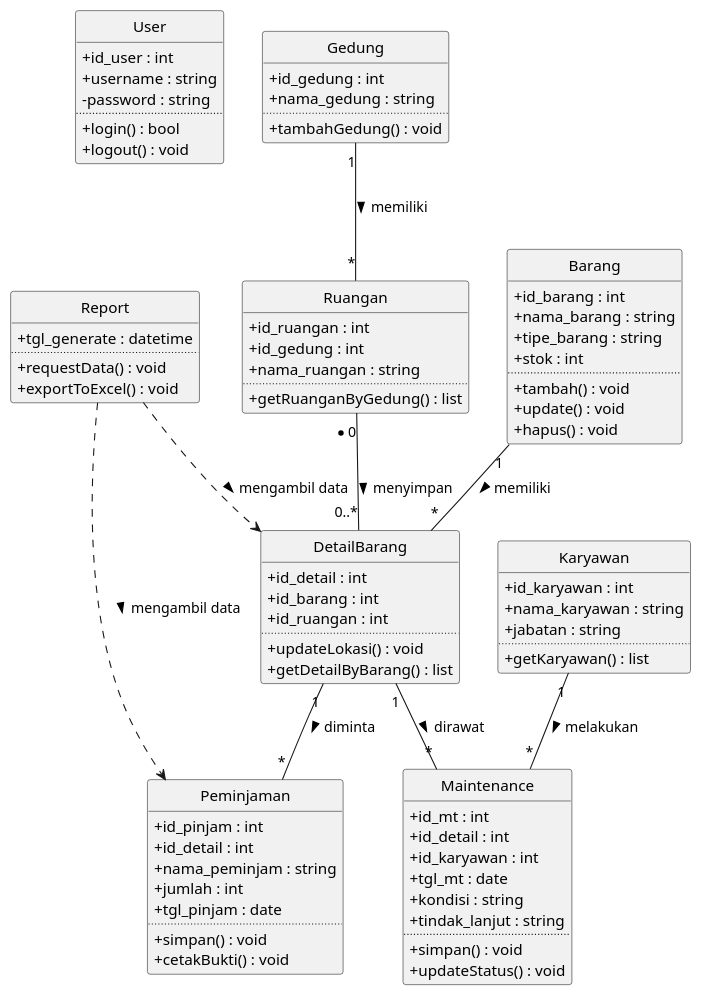
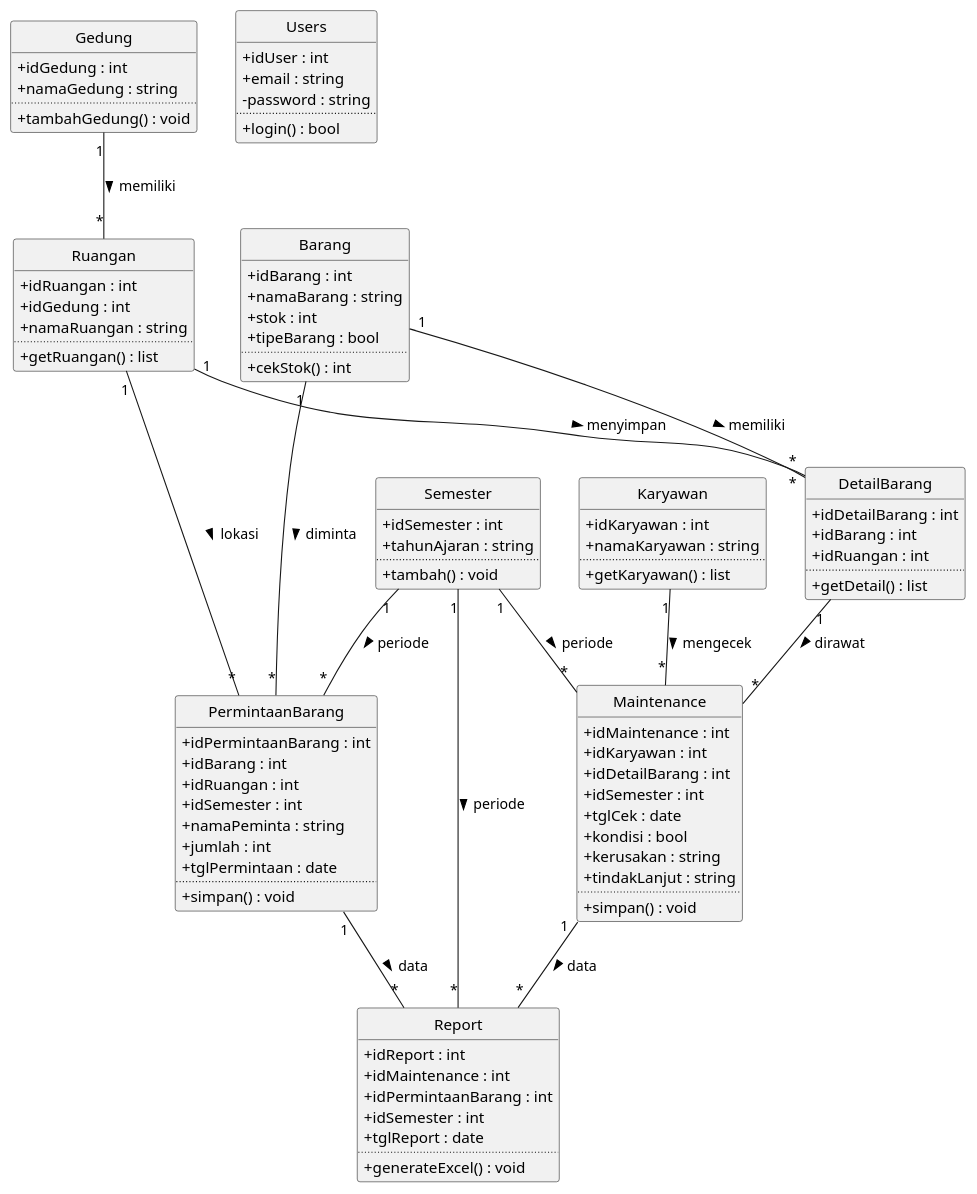
Before and after one commit to Fannandya/diagramPABD: the diagram in classDiagram.puml, drawn with PlantUML.

Commit message:
menyesuaikan class diagram dengan query sql

```diff
--- a/classDiagram.puml
+++ b/classDiagram.puml
@@ -1,104 +1,116 @@
 @startuml classDiagram
 skinparam classAttributeIconSize 0
 skinparam Style strictuml
 
-' --- Master Data ---
+' --- Master Layer ---
 
-class User {
-  + id_user : int
-  + username : string
-  - password : string
+class Semester {
+  + idSemester : int
+  + tahunAjaran : string
   ..
-  + login() : bool
-  + logout() : void
+  + tambah() : void
 }
 
-class Barang {
-  + id_barang : int
-  + nama_barang : string
-  + tipe_barang : string
-  + stok : int
+class Karyawan {
+  + idKaryawan : int
+  + namaKaryawan : string
   ..
-  + tambah() : void
-  + update() : void
-  + hapus() : void
+  + getKaryawan() : list
 }
 
 class Gedung {
-  + id_gedung : int
-  + nama_gedung : string
+  + idGedung : int
+  + namaGedung : string
   ..
   + tambahGedung() : void
 }
 
 class Ruangan {
-  + id_ruangan : int
-  + id_gedung : int
-  + nama_ruangan : string
+  + idRuangan : int
+  + idGedung : int
+  + namaRuangan : string
   ..
-  + getRuanganByGedung() : list
+  + getRuangan() : list
 }
 
-class Karyawan {
-  + id_karyawan : int
-  + nama_karyawan : string
-  + jabatan : string
+class Barang {
+  + idBarang : int
+  + namaBarang : string
+  + stok : int
+  + tipeBarang : bool
   ..
-  + getKaryawan() : list
+  + cekStok() : int
 }
 
-' --- Transactional / Detail ---
+' --- Transaction Layer ---
+
+class Users {
+  + idUser : int
+  + email : string
+  - password : string
+  ..
+  + login() : bool
+}
 
 class DetailBarang {
-  + id_detail : int
-  + id_barang : int
-  + id_ruangan : int
+  + idDetailBarang : int
+  + idBarang : int
+  + idRuangan : int
   ..
-  + updateLokasi() : void
-  + getDetailByBarang() : list
+  + getDetail() : list
 }
 
-class Peminjaman {
-  + id_pinjam : int
-  + id_detail : int
-  + nama_peminjam : string
+class PermintaanBarang {
+  + idPermintaanBarang : int
+  + idBarang : int
+  + idRuangan : int
+  + idSemester : int
+  + namaPeminta : string
   + jumlah : int
-  + tgl_pinjam : date
+  + tglPermintaan : date
   ..
   + simpan() : void
-  + cetakBukti() : void
 }
 
 class Maintenance {
-  + id_mt : int
-  + id_detail : int
-  + id_karyawan : int
-  + tgl_mt : date
-  + kondisi : string
-  + tindak_lanjut : string
+  + idMaintenance : int
+  + idKaryawan : int
+  + idDetailBarang : int
+  + idSemester : int
+  + tglCek : date
+  + kondisi : bool
+  + kerusakan : string
+  + tindakLanjut : string
   ..
   + simpan() : void
-  + updateStatus() : void
 }
 
 class Report {
-  + tgl_generate : datetime
+  + idReport : int
+  + idMaintenance : int
+  + idPermintaanBarang : int
+  + idSemester : int
+  + tglReport : date
   ..
-  + requestData() : void
-  + exportToExcel() : void
+  + generateExcel() : void
 }
 
-' --- Relasi Sesuai Kardinalitas RAT ---
+' --- Relasi Sesuai SQL ---
 
+Gedung "1" -- "*" Ruangan : memiliki >
+Ruangan "1" -- "*" DetailBarang : menyimpan >
 Barang "1" -- "*" DetailBarang : memiliki >
-Gedung "1" -- "*" Ruangan : memiliki >
-Ruangan "*0" -- "0..*" DetailBarang : menyimpan >
 
-DetailBarang "1" -- "*" Peminjaman : diminta >
+Barang "1" -- "*" PermintaanBarang : diminta >
+Ruangan "1" -- "*" PermintaanBarang : lokasi >
+Semester "1" -- "*" PermintaanBarang : periode >
+
+Karyawan "1" -- "*" Maintenance : mengecek >
 DetailBarang "1" -- "*" Maintenance : dirawat >
-Karyawan "1" -- "*" Maintenance : melakukan >
+Semester "1" -- "*" Maintenance : periode >
 
-Report ..> DetailBarang : mengambil data >
-Report ..> Peminjaman : mengambil data >
+Maintenance "1" -- "*" Report : data >
+PermintaanBarang "1" -- "*" Report : data >
+Semester "1" -- "*" Report : periode >
 
 @enduml
```
